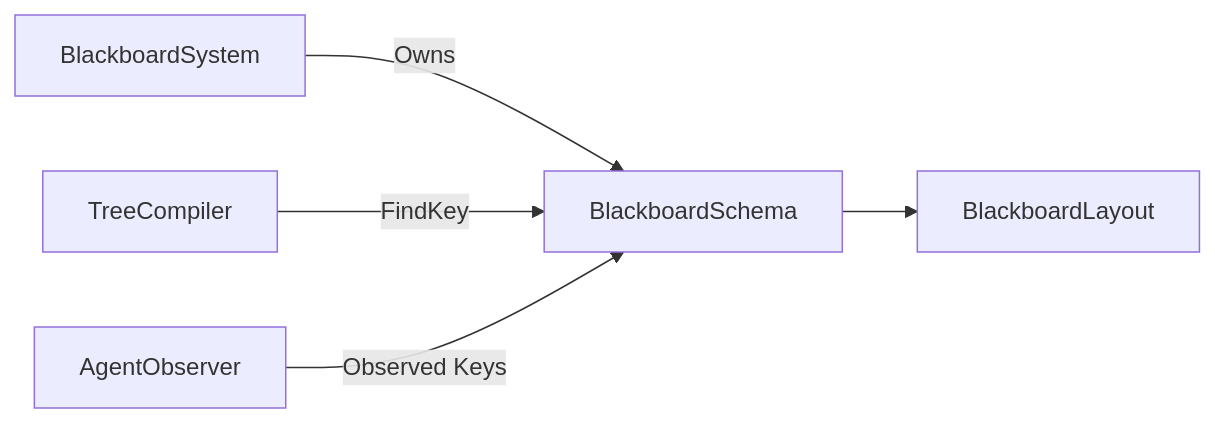
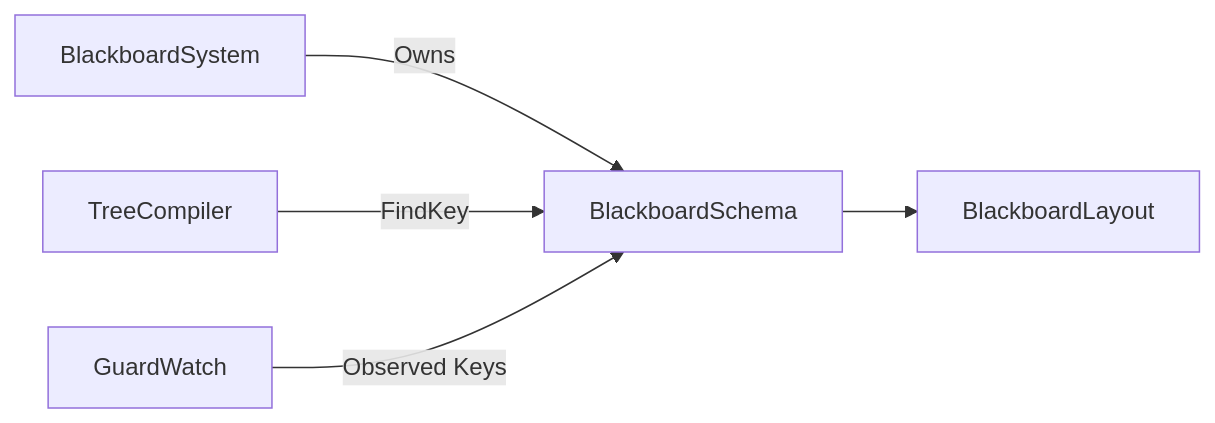
One commit to jabbadablack/G.O.A.T changed the diagram in Docs/02 - C++ Components/BlackboardSchema.md. Above: the diagram before and after it, drawn with Mermaid. The commit also changed 44 other files, not shown here.

````diff
--- a/Docs/02 - C++ Components/BlackboardSchema.md
+++ b/Docs/02 - C++ Components/BlackboardSchema.md
@@ -62,7 +62,7 @@
 ```mermaid
 graph LR
     A[BlackboardSystem] -->|Owns| B[BlackboardSchema]
     B --> C[BlackboardLayout]
     D[TreeCompiler] -->|FindKey| B
-    E[AgentObserver] -->|Observed Keys| B
+    E[GuardWatch] -->|Observed Keys| B
 ```
````
